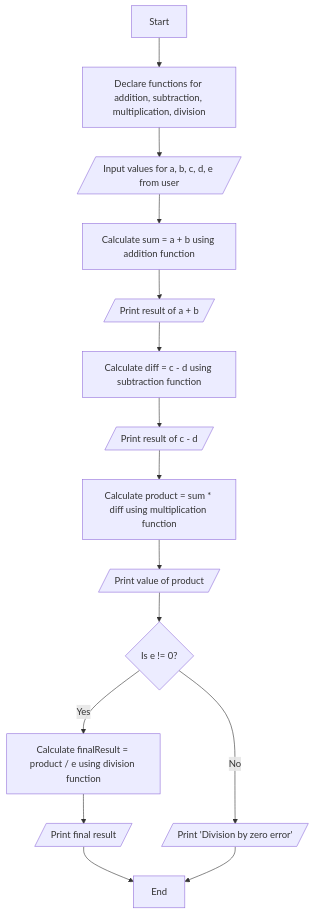
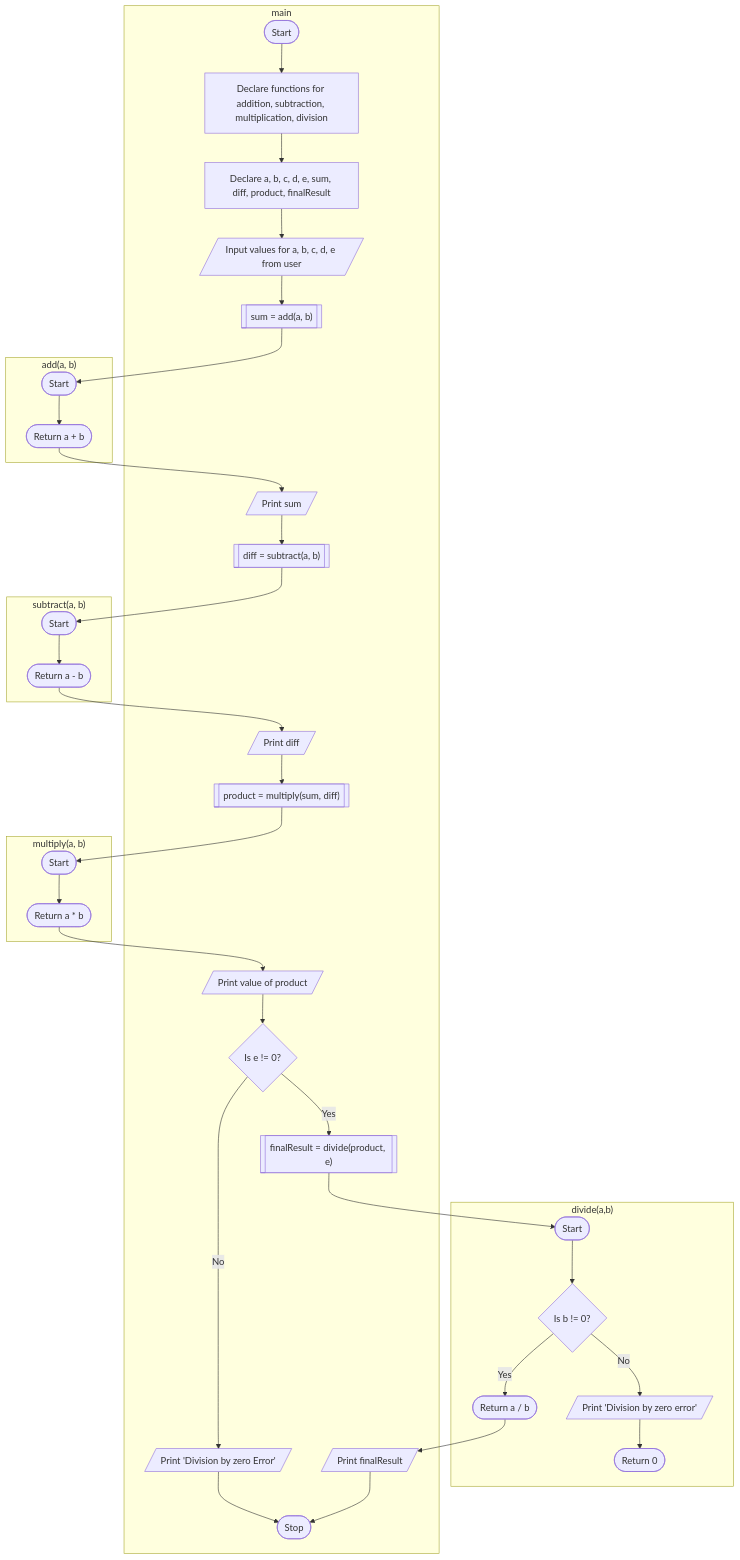
One commit to Vinit-source/Programming-for-problem-solving changed the diagram in PR/P7 - Functions.md. Above: the diagram before and after it, drawn with Mermaid. The commit also changed other lines of this file, not shown here.

Commit message:
PR/P7 - Functions.md updated from https://stackedit.io/

````diff
--- a/PR/P7 - Functions.md
+++ b/PR/P7 - Functions.md
@@ -20,17 +20,49 @@
 ```mermaid
 graph TD;
-    A[Start] --> B[Declare functions for addition, subtraction, multiplication, division];
-    B --> C[/Input values for a, b, c, d, e from user/];
-    C --> D[Calculate sum = a + b using addition function];
-    D --> E[/Print result of a + b/];
-    E --> F[Calculate diff = c - d using subtraction function];
-    F --> G[/Print result of c - d/];
-    G --> H[Calculate product = sum * diff using multiplication function];
-    H --> I[/Print value of product/];
-    I --> J{Is e != 0?};
-    J -- Yes --> K[Calculate finalResult = product / e using division function];
-    K --> L[/Print final result/];
+
+subgraph "add(a, b)" 
+	addStart([Start]);
+	B1([Return a + b]);
+	addStart --> B1;
+end
+subgraph "subtract(a, b)"
+	subStart([Start]);
+	B2([Return a - b]);
+	subStart --> B2;
+end
+subgraph "multiply(a, b)"
+	mulStart([Start]);
+	B3([Return a * b]);
+	mulStart --> B3;
+end
+subgraph "divide(a,b)"
+	divStart([Start]);
+	J{Is b != 0?};
+    J -- Yes --> K([Return a / b]);
     J -- No --> M[/Print 'Division by zero error'/];
-    L --> N[End];
-    M --> N;
+    divStart --> J;
+    M --> MR([Return 0]);
+end
+subgraph main
+    A([Start]) --> B[Declare functions for addition, subtraction, multiplication, division];
+    B --> BB[Declare a, b, c, d, e, sum, diff, product, finalResult];
+    BB --> C[/Input values for a, b, c, d, e from user/];
+	C --> CB[["sum = add(a, b)"]];
+	CB --> addStart;
+	B1 --> E 
+    E[/Print sum/];
+    E --> F[["diff = subtract(a, b)"]];
+    F --> subStart;
+    B2 --> G[/Print diff/];
+    G --> H[["product = multiply(sum, diff)"]];
+    H --> mulStart;
+    B3 --> I[/Print value of product/];
+    I --> DB0{Is e != 0?};
+    DB0 -- Yes --> I1[["finalResult = divide(product, e)"]];
+    I1 --> divStart;
+    K --> L[/Print finalResult/];
+    L --> N([Stop]);
+    DB0 -- No --> N0[/"Print 'Division by zero Error'"/];
+    N0 --> N
+   end
 ```
````
